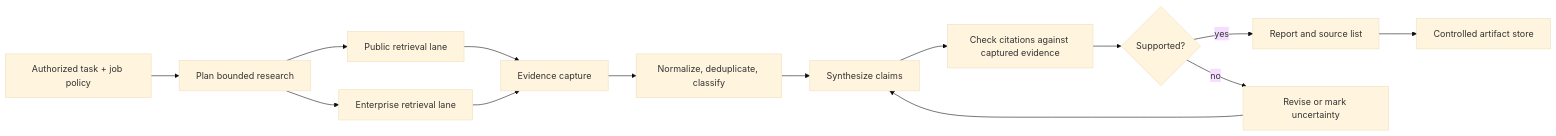
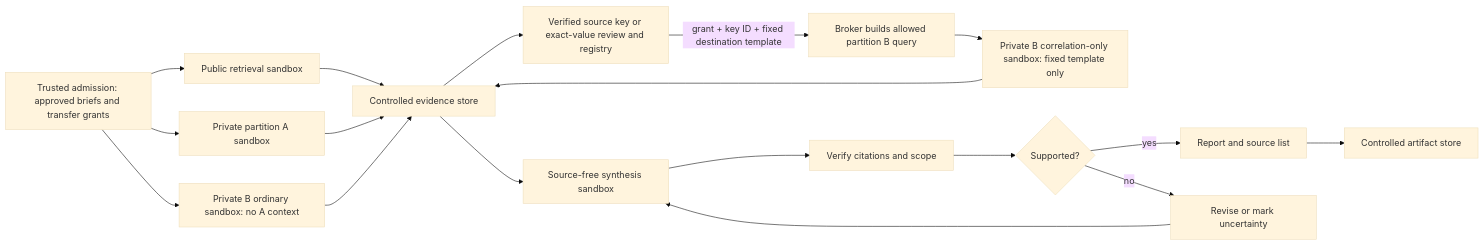
Before and after one commit to gvaibhav/openshell-deep-research-platform: the eighth of 15 diagrams in docs/architecture.md, drawn with Mermaid (base theme). The commit also changed other lines of this file and 48 other files, not shown here.

````diff
--- a/docs/architecture.md
+++ b/docs/architecture.md
@@ -258,16 +374,20 @@
 ```mermaid
 flowchart LR
-    T["Authorized task + job policy"] --> P["Plan bounded research"]
-    P --> R1["Public retrieval lane"]
-    P --> R2["Enterprise retrieval lane"]
-    R1 --> E["Evidence capture"]
-    R2 --> E
-    E --> V["Normalize, deduplicate, classify"]
-    V --> S["Synthesize claims"]
-    S --> C["Check citations against captured evidence"]
+    A["Trusted admission: approved briefs and transfer grants"] --> P["Public retrieval sandbox"]
+    A --> R1["Private partition A sandbox"]
+    A --> R2O["Private B ordinary sandbox: no A context"]
+    P --> E["Controlled evidence store"]
+    R1 --> E
+    R2O --> E
+    E --> K["Verified source key or exact-value review and registry"]
+    K -->|"grant + key ID + fixed destination template"| B["Broker builds allowed partition B query"]
+    B --> R2C["Private B correlation-only sandbox: fixed template only"]
+    R2C --> E
+    E --> S["Source-free synthesis sandbox"]
+    S --> C["Verify citations and scope"]
     C --> F{"Supported?"}
     F -->|"yes"| Report["Report and source list"]
     F -->|"no"| Revise["Revise or mark uncertainty"]
     Revise --> S
     Report --> Store["Controlled artifact store"]
 ```
````
